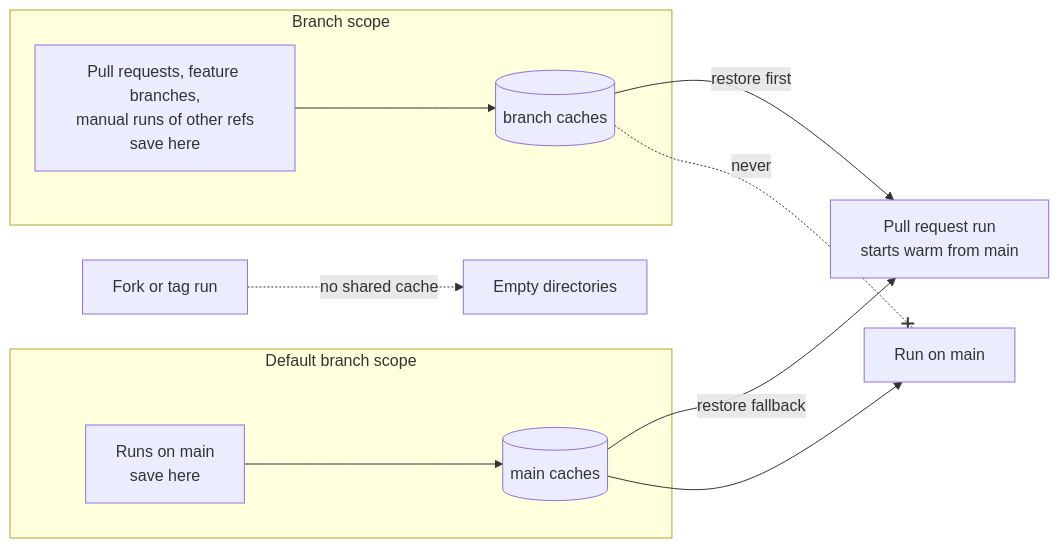
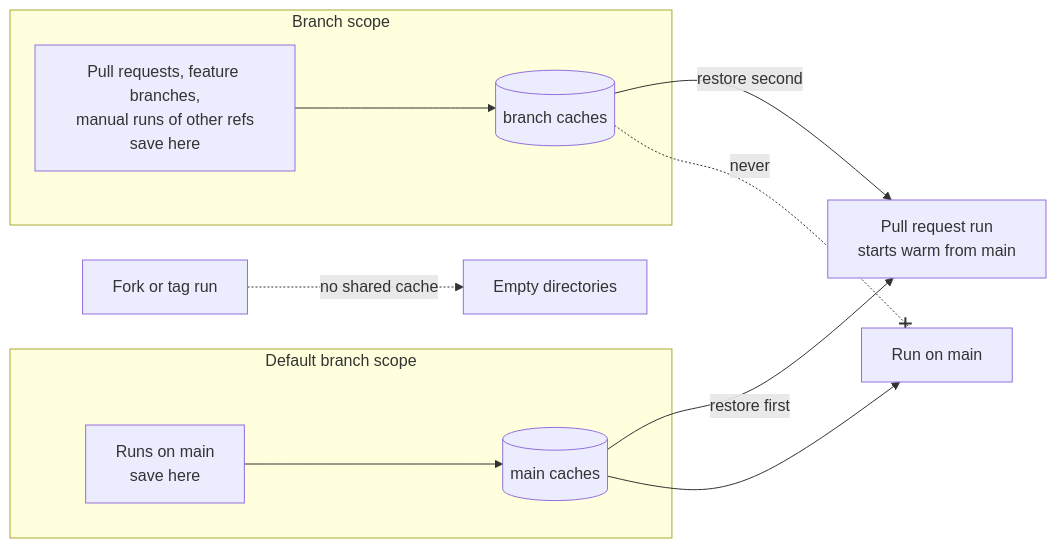
The second of 2 diagrams in pipelines/caching.mdx (ankraio/ankra-docs), drawn with Mermaid before and after one commit. The commit also changed other lines of this file and 3 other files, not shown here.

First line of the commit message:
docs(pipelines): a branch run reads the default branch's cache entries first (ankra-ue1duq.6.1)

````diff
--- a/pipelines/caching.mdx
+++ b/pipelines/caching.mdx
@@ -65,21 +65,21 @@
 ```mermaid
 flowchart LR
     subgraph Trusted["Default branch scope"]
         MainSave[Runs on main<br/>save here]
         MainCache[(main caches)]
         MainSave --> MainCache
     end
 
     subgraph Branches["Branch scope"]
         PRSave[Pull requests, feature branches,<br/>manual runs of other refs<br/>save here]
         BranchCache[(branch caches)]
         PRSave --> BranchCache
     end
 
-    MainCache -->|restore fallback| PRRun[Pull request run<br/>starts warm from main]
-    BranchCache -->|restore first| PRRun
+    MainCache -->|restore first| PRRun[Pull request run<br/>starts warm from main]
+    BranchCache -->|restore second| PRRun
     BranchCache -.-x|never| MainRun[Run on main]
     MainCache --> MainRun
 
     Fork[Fork or tag run] -.->|no shared cache| Empty[Empty directories]
 ```
````
